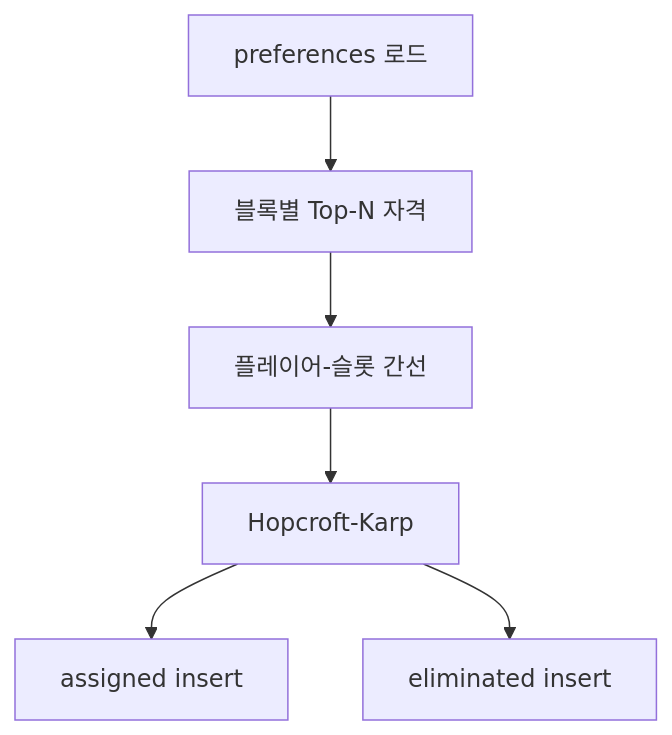
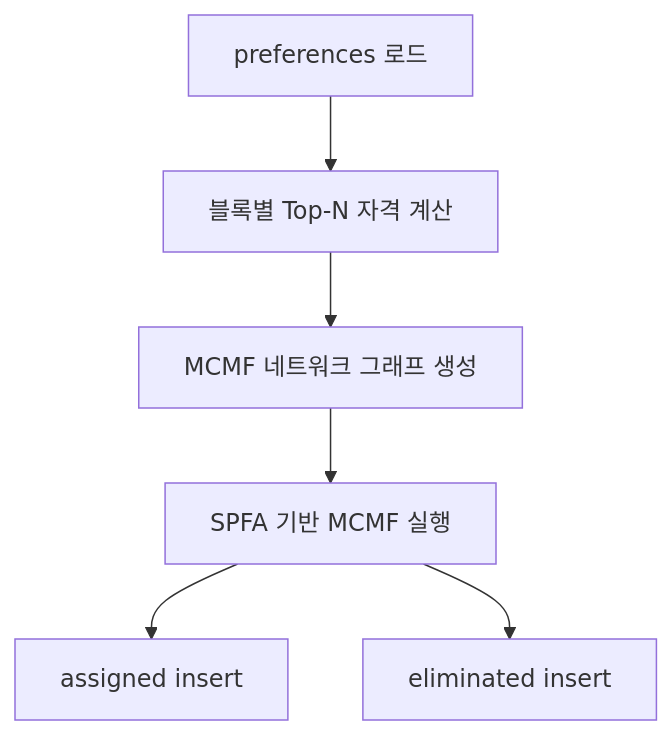
One commit to SxxM131/wos1234 changed the third of 3 diagrams in docs/RESERVATION_SYSTEM.md. Above: the diagram before and after it, drawn with Mermaid. The commit also changed other lines of this file and 3 other files, not shown here.

````diff
--- a/docs/RESERVATION_SYSTEM.md
+++ b/docs/RESERVATION_SYSTEM.md
@@ -217,8 +221,8 @@
 ```mermaid
 flowchart TD
-  P[preferences 로드] --> E[블록별 Top-N 자격]
-  E --> G[플레이어-슬롯 간선]
-  G --> H[Hopcroft-Karp]
+  P[preferences 로드] --> E[블록별 Top-N 자격 계산]
+  E --> G[MCMF 네트워크 그래프 생성]
+  G --> H[SPFA 기반 MCMF 실행]
   H --> A[assigned insert]
   H --> W[eliminated insert]
 ```
````
